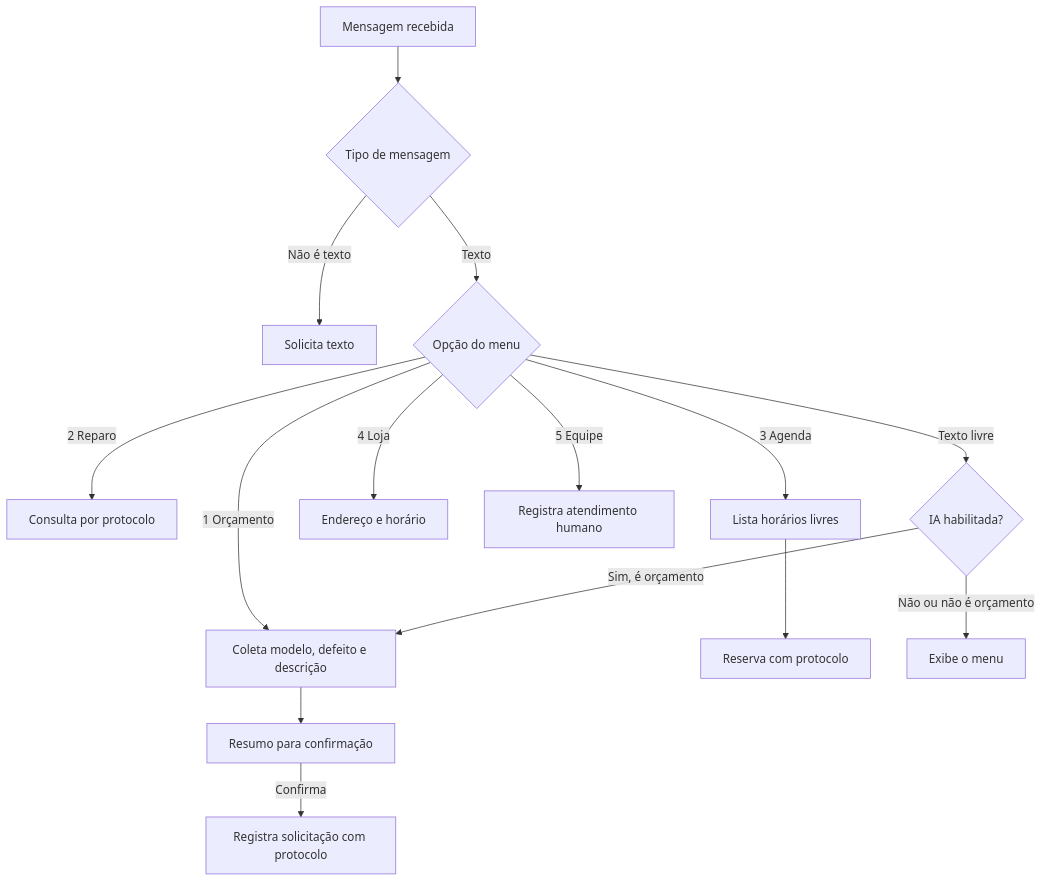
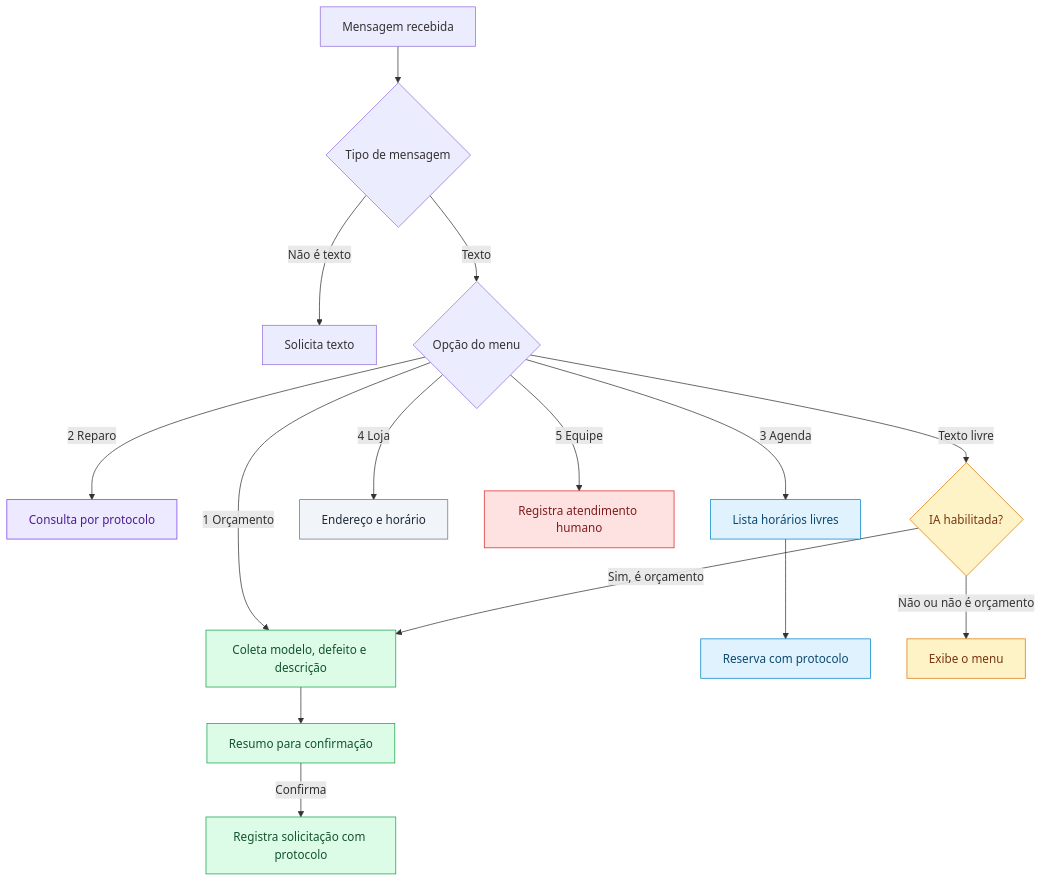
Before and after one commit to jcesarmph-ui/conserta-facil: the first of 3 diagrams in README.md, drawn with Mermaid. The commit also changed other lines of this file and 1 other file, not shown here.

Commit message:
Atualiza README com mapa visual, diagramas e link para a conversa simulada

````diff
--- a/README.md
+++ b/README.md
@@ -65,17 +73,30 @@
 ```mermaid
 flowchart TD
     A[Mensagem recebida] --> B{Tipo de mensagem}
     B -->|Não é texto| C[Solicita texto]
     B -->|Texto| D{Opção do menu}
     D -->|1 Orçamento| E[Coleta modelo, defeito e descrição]
     E --> F[Resumo para confirmação]
     F -->|Confirma| G[Registra solicitação com protocolo]
     D -->|2 Reparo| H[Consulta por protocolo]
     D -->|3 Agenda| I[Lista horários livres]
     I --> J[Reserva com protocolo]
     D -->|4 Loja| K[Endereço e horário]
     D -->|5 Equipe| L[Registra atendimento humano]
     D -->|Texto livre| M{IA habilitada?}
     M -->|Sim, é orçamento| E
     M -->|Não ou não é orçamento| N[Exibe o menu]
+
+    classDef orcamento fill:#DCFCE7,stroke:#16A34A,color:#14532D
+    classDef reparo fill:#EDE9FE,stroke:#7C3AED,color:#4C1D95
+    classDef agenda fill:#E0F2FE,stroke:#0284C7,color:#0C4A6E
+    classDef loja fill:#F1F5F9,stroke:#64748B,color:#1E293B
+    classDef equipe fill:#FEE2E2,stroke:#DC2626,color:#7F1D1D
+    classDef ia fill:#FEF3C7,stroke:#D97706,color:#78350F
+    class E,F,G orcamento
+    class H reparo
+    class I,J agenda
+    class K loja
+    class L equipe
+    class M,N ia
 ```
````
